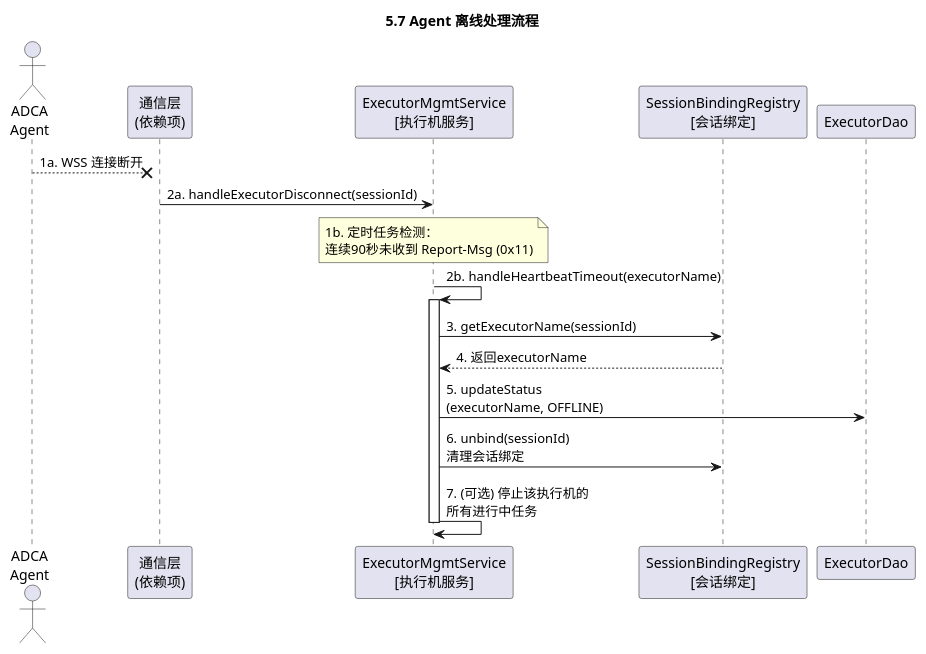
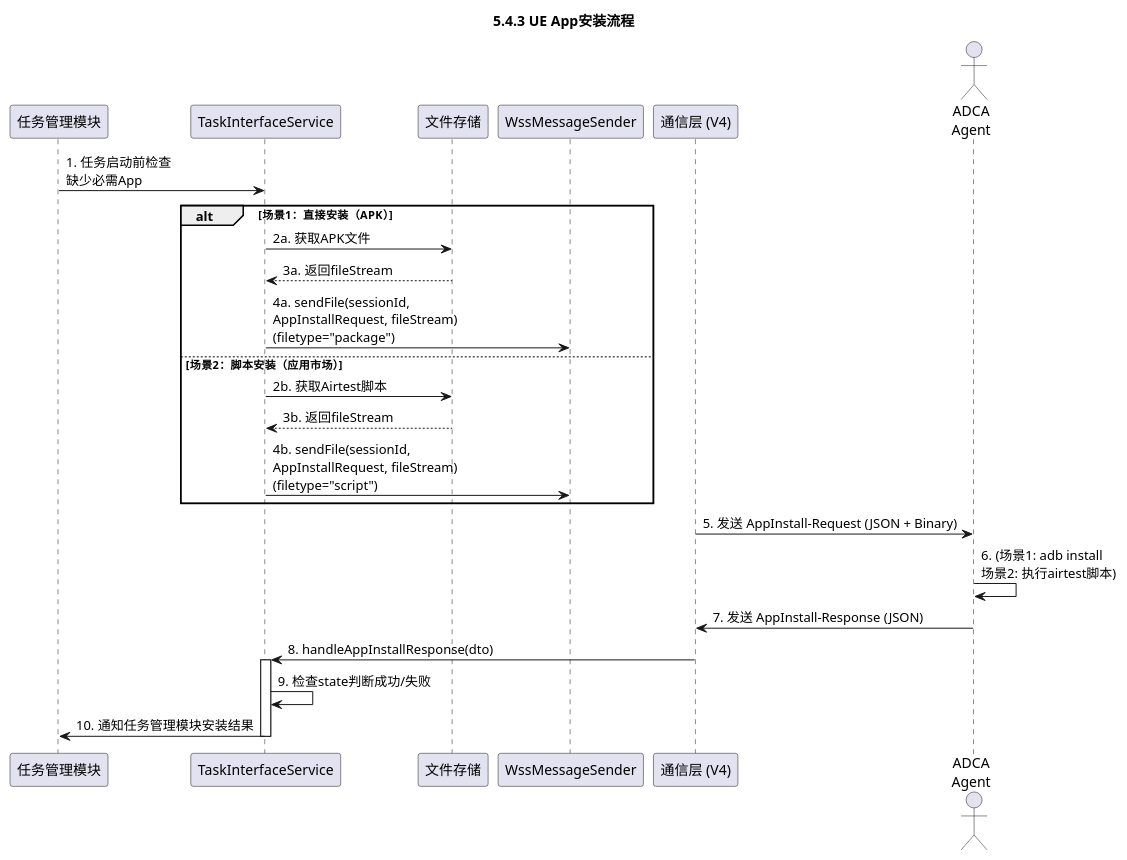
Before and after one commit to GuiHongli/DialTestCenter: the tenth of 10 diagrams in AR软件实现设计文档/执行机管理/执行机管理-业务逻辑设计.md, drawn with PlantUML. The commit also changed other lines of this file and 48 other files, not shown here.

````diff
--- a/AR软件实现设计文档/执行机管理/执行机管理-业务逻辑设计.md
+++ b/AR软件实现设计文档/执行机管理/执行机管理-业务逻辑设计.md
@@ -790,34 +734,37 @@
 ```plantuml
 @startuml
-title 5.7 Agent 离线处理流程
+title 5.4.3 UE App安装流程
 
+participant "任务管理模块" as TaskMgmt
+participant "TaskInterfaceService" as TaskService
+participant "文件存储" as Storage
+participant "WssMessageSender" as Sender
+participant "通信层 (V4)" as CommLayer
 actor "ADCA\nAgent" as Agent
-participant "通信层\n(依赖项)" as CommLayer
-participant "ExecutorMgmtService\n[执行机服务]" as ExecService
-participant "SessionBindingRegistry\n[会话绑定]" as BindingRegistry
-participant "ExecutorDao" as ExecDao
 
-' 场景1: Agent 意外断线
-Agent --x CommLayer : 1a. WSS 连接断开
+TaskMgmt -> TaskService : 1. 任务启动前检查\n缺少必需App
 
-CommLayer -> ExecService : 2a. handleExecutorDisconnect(sessionId)
+alt 场景1：直接安装（APK）
+    TaskService -> Storage : 2a. 获取APK文件
+    Storage --> TaskService : 3a. 返回fileStream
+    TaskService -> Sender : 4a. sendFile(sessionId,\nAppInstallRequest, fileStream)\n(filetype="package")
+else 场景2：脚本安装（应用市场）
+    TaskService -> Storage : 2b. 获取Airtest脚本
+    Storage --> TaskService : 3b. 返回fileStream
+    TaskService -> Sender : 4b. sendFile(sessionId,\nAppInstallRequest, fileStream)\n(filetype="script")
+end
 
-' 场景2: 心跳超时
-note over ExecService : 1b. 定时任务检测：\n连续90秒未收到 Report-Msg (0x11)
+CommLayer -> Agent : 5. 发送 AppInstall-Request (JSON + Binary)
 
-ExecService -> ExecService : 2b. handleHeartbeatTimeout(executorName)
+Agent -> Agent : 6. (场景1: adb install\n场景2: 执行airtest脚本)
 
-' 共同处理
-activate ExecService
-    ExecService -> BindingRegistry : 3. getExecutorName(sessionId)
-    BindingRegistry --> ExecService : 4. 返回executorName
-    
-    ExecService -> ExecDao : 5. updateStatus\n(executorName, OFFLINE)
-    
-    ExecService -> BindingRegistry : 6. unbind(sessionId)\n清理会话绑定
-    
-    ExecService -> ExecService : 7. (可选) 停止该执行机的\n所有进行中任务
-deactivate ExecService
+Agent -> CommLayer : 7. 发送 AppInstall-Response (JSON)
+
+CommLayer -> TaskService : 8. handleAppInstallResponse(dto)
+activate TaskService
+    TaskService -> TaskService : 9. 检查state判断成功/失败
+    TaskService -> TaskMgmt : 10. 通知任务管理模块安装结果
+deactivate TaskService
 
 @enduml
 ```
````
